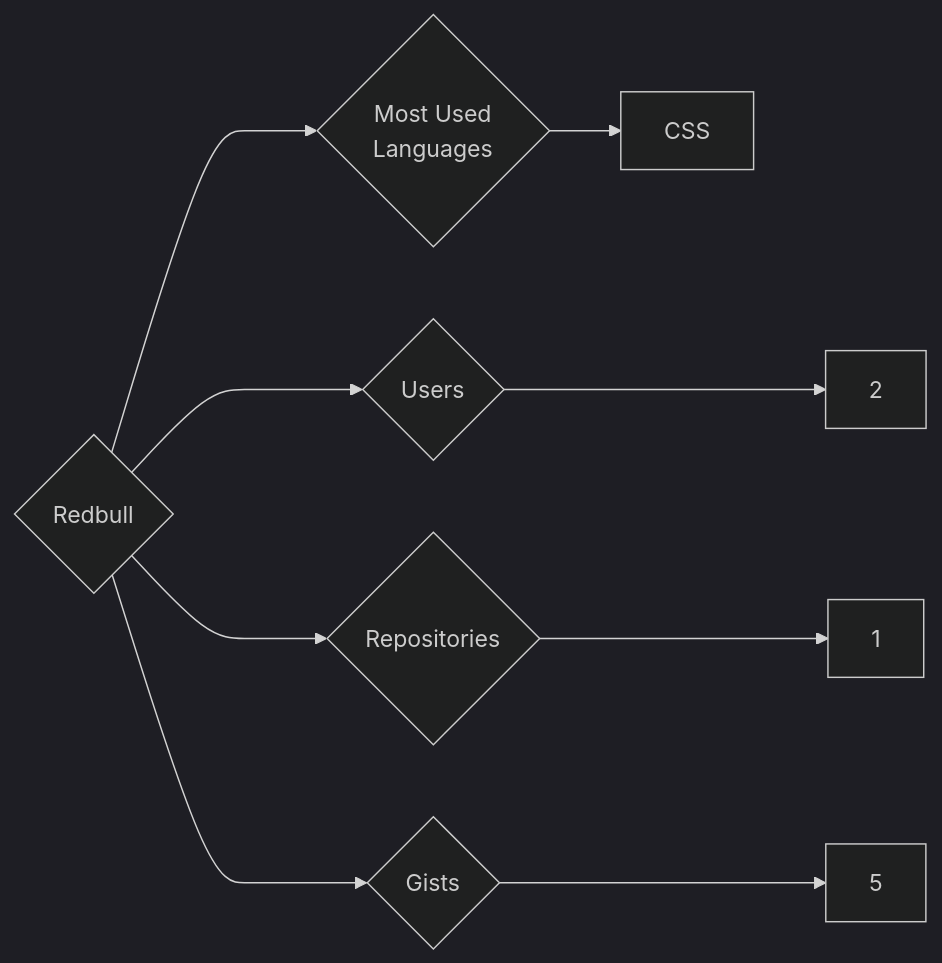
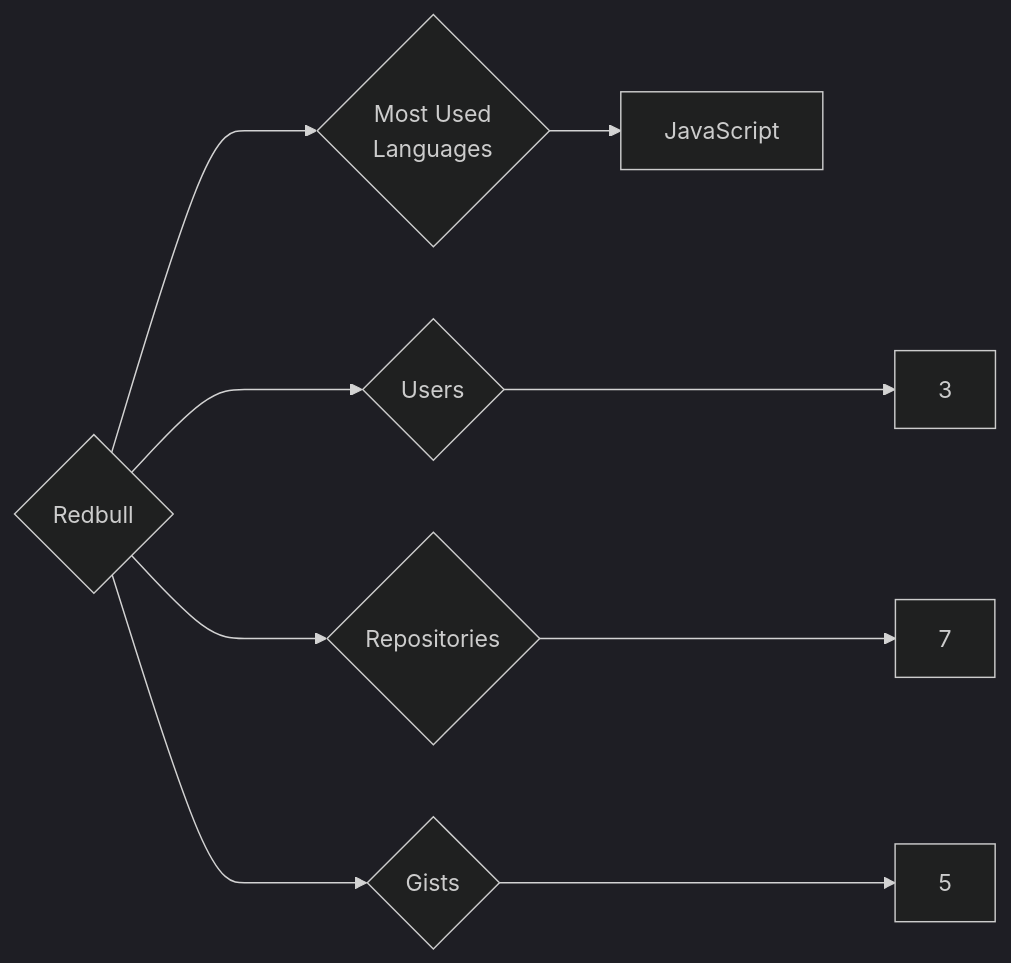
One commit to trickest/insiders changed the diagram in targets/Redbull/README.md. Above: the diagram before and after it, drawn with Mermaid (dark theme). The commit also changed 912 other files, not shown here.

````diff
--- a/targets/Redbull/README.md
+++ b/targets/Redbull/README.md
@@ -3,9 +3,9 @@
 ```mermaid
 graph LR
 COMPANY_NAME{Redbull}
-COMPANY_NAME ---> U{Users} ---> UN[2]
-COMPANY_NAME ---> R{Repositories} ---> RN[1]
+COMPANY_NAME ---> U{Users} ---> UN[3]
+COMPANY_NAME ---> R{Repositories} ---> RN[7]
 COMPANY_NAME ---> G{Gists} ---> GN[5]
 COMPANY_NAME ---> ML{Most Used<br>Languages}
-ML --> CSS[CSS]
+ML --> JavaScript[JavaScript]
 ```
````
